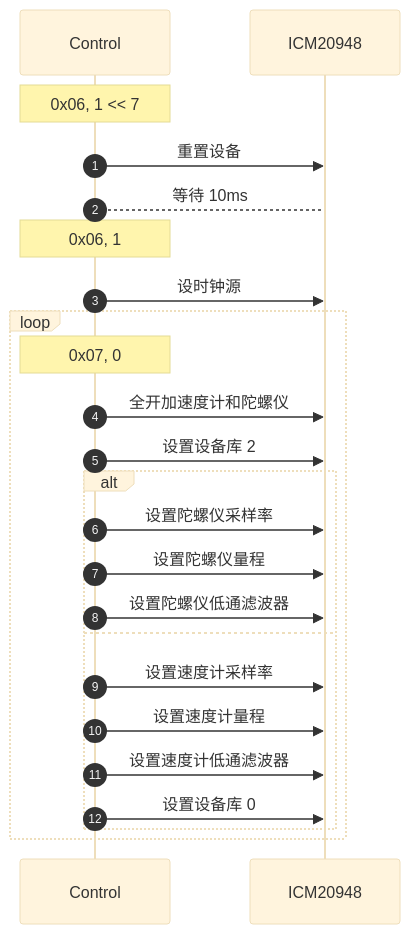
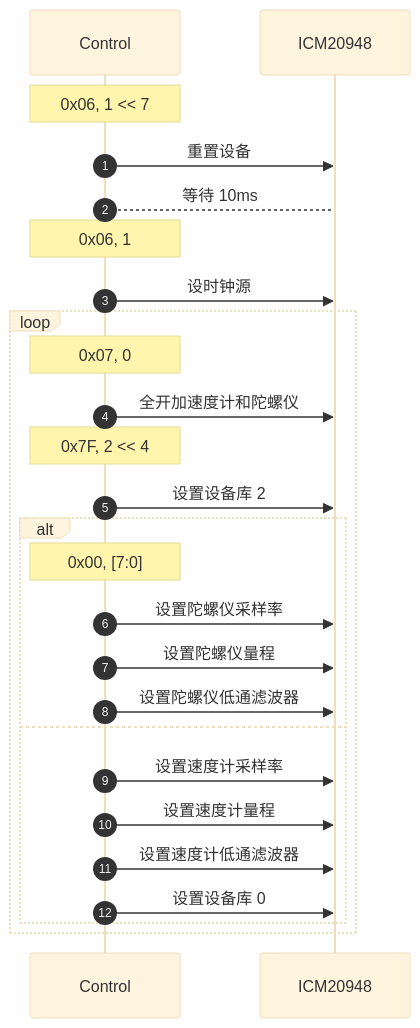
Before and after one commit to hkdickyko/hkdickyko.github.io: the second of 3 diagrams in _posts/2025-04-06-mdchart.md, drawn with Mermaid (base theme). The commit also changed other lines of this file, not shown here.

```diff
--- a/_posts/2025-04-06-mdchart.md
+++ b/_posts/2025-04-06-mdchart.md
@@ -144,26 +145,28 @@
 <div class="mermaid">
 sequenceDiagram;
    autonumber;
    participant C as Control;
    participant I as ICM20948;
    note over C: 0x06, 1 << 7;
    C->>I: 重置设备;
    C-->I: 等待 10ms
    note over C: 0x06, 1;
    C->>I: 设时钟源;
    loop;
    note over C: 0x07, 0;
    C->>I: 全开加速度计和陀螺仪;
+   note over C: 0x7F, 2 << 4;
    C->>I: 设置设备库 2;
    alt;
+   note over C: 0x00, [7:0];
    C->>I: 设置陀螺仪采样率;
    C->>I: 设置陀螺仪量程;
    C->>I: 设置陀螺仪低通滤波器;
    else;
    C->>I: 设置速度计采样率;
    C->>I: 设置速度计量程;
    C->>I: 设置速度计低通滤波器;
    C->>I: 设置设备库 0;
    end
    end
 </div>
```
